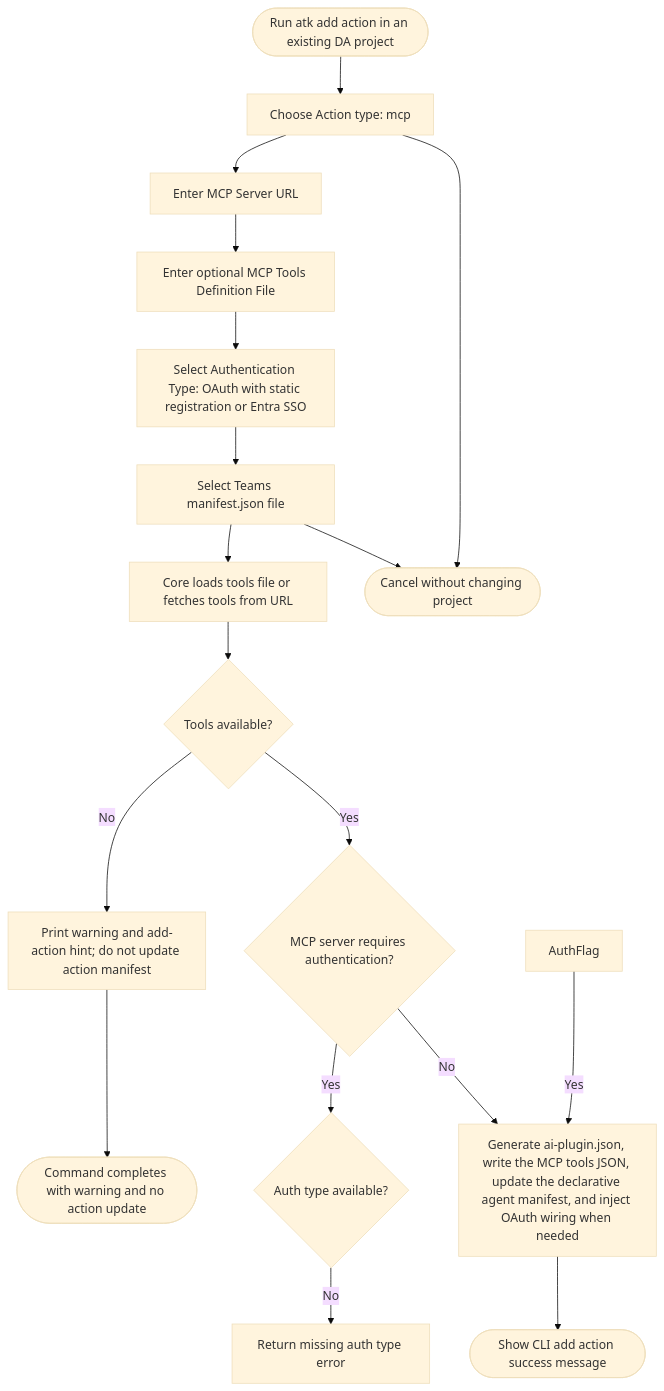
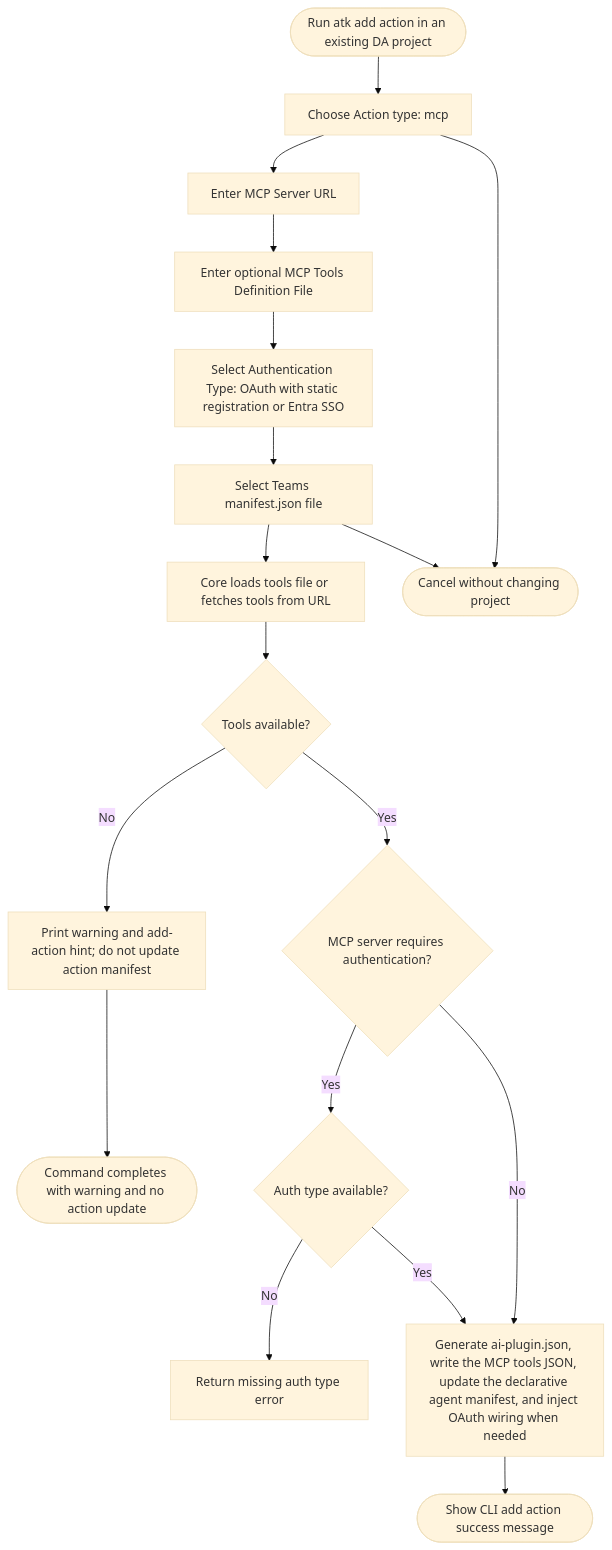
The second of 3 diagrams in docs/01-product/scenarios/da/add-mcp-action-to-da.md (OfficeDev/microsoft-365-agents-toolkit), drawn with Mermaid (base theme) before and after one commit. The commit also changed 8 other files, not shown here.

````diff
--- a/docs/01-product/scenarios/da/add-mcp-action-to-da.md
+++ b/docs/01-product/scenarios/da/add-mcp-action-to-da.md
@@ -81,20 +81,20 @@
 ```mermaid
 flowchart TD
   Start([Run atk add action in an existing DA project]) --> ChooseType[Choose Action type: mcp]
   ChooseType --> EnterUrl[Enter MCP Server URL]
   EnterUrl --> EnterToolsFile[Enter optional MCP Tools Definition File]
   EnterToolsFile --> SelectAuth[Select Authentication Type: OAuth with static registration or Entra SSO]
   SelectAuth --> SelectManifest[Select Teams manifest.json file]
   SelectManifest --> CoreUpdate[Core loads tools file or fetches tools from URL]
   CoreUpdate --> ToolsAvailable{Tools available?}
   ToolsAvailable -- No --> WarnOnly[Print warning and add-action hint; do not update action manifest]
   ToolsAvailable -- Yes --> AuthRequired{MCP server requires authentication?}
   AuthRequired -- Yes --> AuthReady{Auth type available?}
   AuthReady -- No --> MissingAuth[Return missing auth type error]
-  AuthFlag -- Yes --> WriteFiles[Generate ai-plugin.json, write the MCP tools JSON, update the declarative agent manifest, and inject OAuth wiring when needed]
+  AuthReady -- Yes --> WriteFiles[Generate ai-plugin.json, write the MCP tools JSON, update the declarative agent manifest, and inject OAuth wiring when needed]
   AuthRequired -- No --> WriteFiles
   WriteFiles --> Complete([Show CLI add action success message])
   WarnOnly --> CompleteNoChange([Command completes with warning and no action update])
   ChooseType --> Cancel([Cancel without changing project])
   SelectManifest --> Cancel
 ```
````
